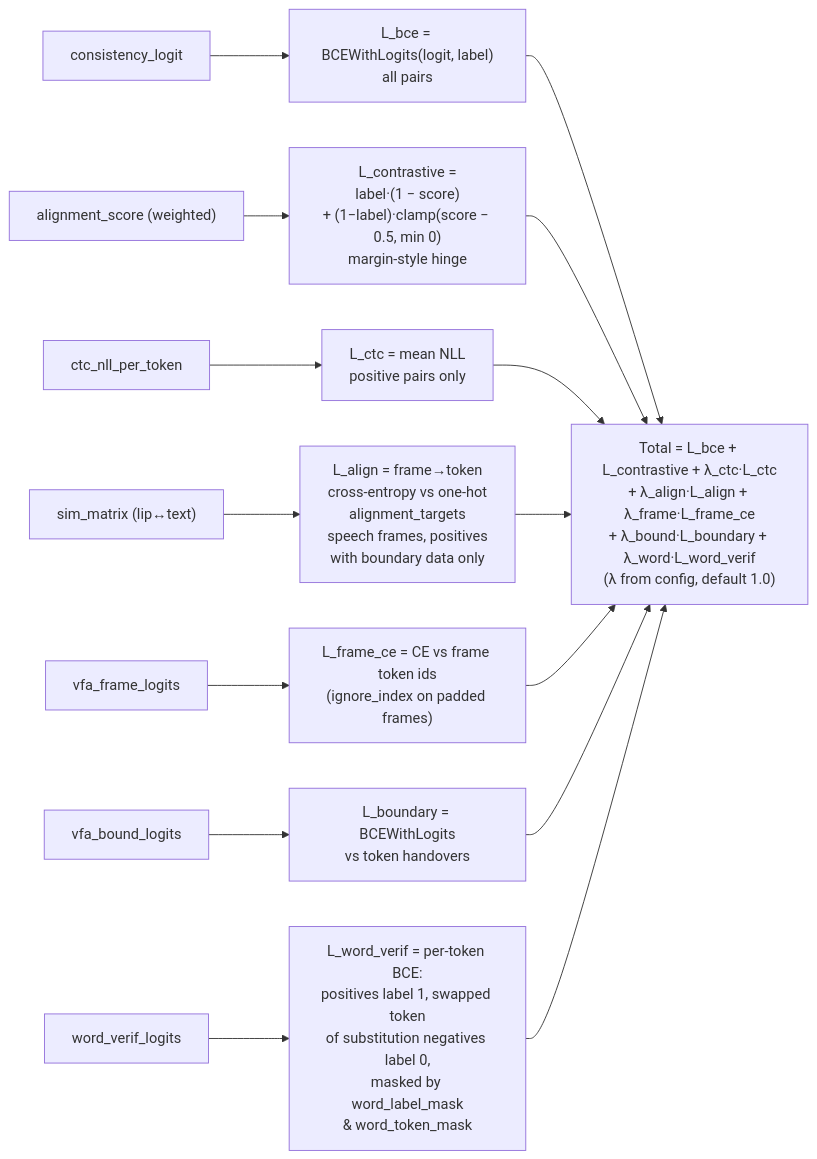
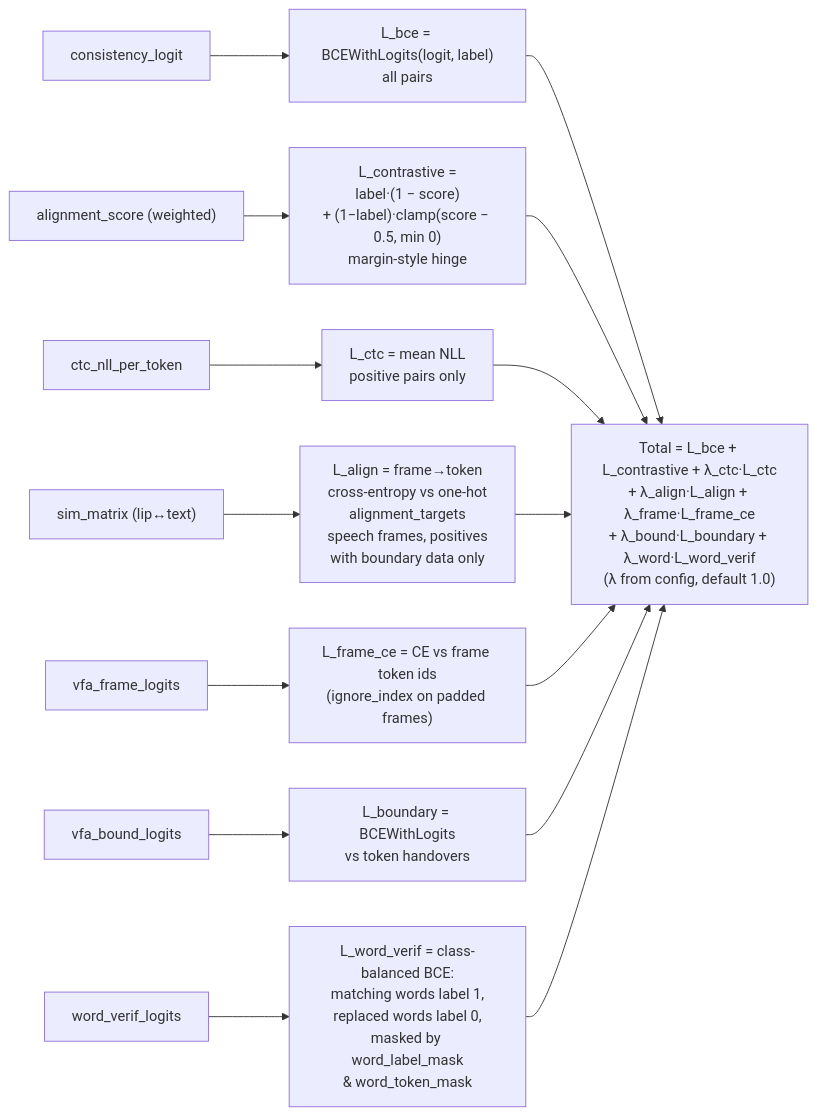
The seventh of 7 diagrams in architecture.md (turinaf/liptev), drawn with Mermaid before and after one commit. The commit also changed other lines of this file and 15 other files, not shown here.

````diff
--- a/architecture.md
+++ b/architecture.md
@@ -348,11 +348,11 @@
 ```mermaid
 flowchart LR
     SCORE["consistency_logit"] --> BCE["L_bce = BCEWithLogits(logit, label)<br/>all pairs"]
     ASCORE["alignment_score (weighted)"] --> CON["L_contrastive =<br/>label·(1 − score)<br/>+ (1−label)·clamp(score − 0.5, min 0)<br/>margin-style hinge"]
     CTCN["ctc_nll_per_token"] --> CTC["L_ctc = mean NLL<br/>positive pairs only"]
     SIM["sim_matrix (lip↔text)"] --> ALN["L_align = frame→token<br/>cross-entropy vs one-hot<br/>alignment_targets<br/>speech frames, positives<br/>with boundary data only"]
     FLOG["vfa_frame_logits"] --> FCE["L_frame_ce = CE vs frame token ids<br/>(ignore_index on padded frames)"]
     BLOG["vfa_bound_logits"] --> BND["L_boundary = BCEWithLogits<br/>vs token handovers"]
-    WLOG["word_verif_logits"] --> WVER["L_word_verif = per-token BCE:<br/>positives label 1, swapped token<br/>of substitution negatives label 0,<br/>masked by word_label_mask<br/>& word_token_mask"]
+    WLOG["word_verif_logits"] --> WVER["L_word_verif = class-balanced BCE:<br/>matching words label 1,<br/>replaced words label 0,<br/>masked by word_label_mask<br/>& word_token_mask"]
     BCE & CON & CTC & ALN & FCE & BND & WVER --> TOT["Total = L_bce + L_contrastive + λ_ctc·L_ctc<br/>+ λ_align·L_align + λ_frame·L_frame_ce<br/>+ λ_bound·L_boundary + λ_word·L_word_verif<br/>(λ from config, default 1.0)"]
 ```
````
